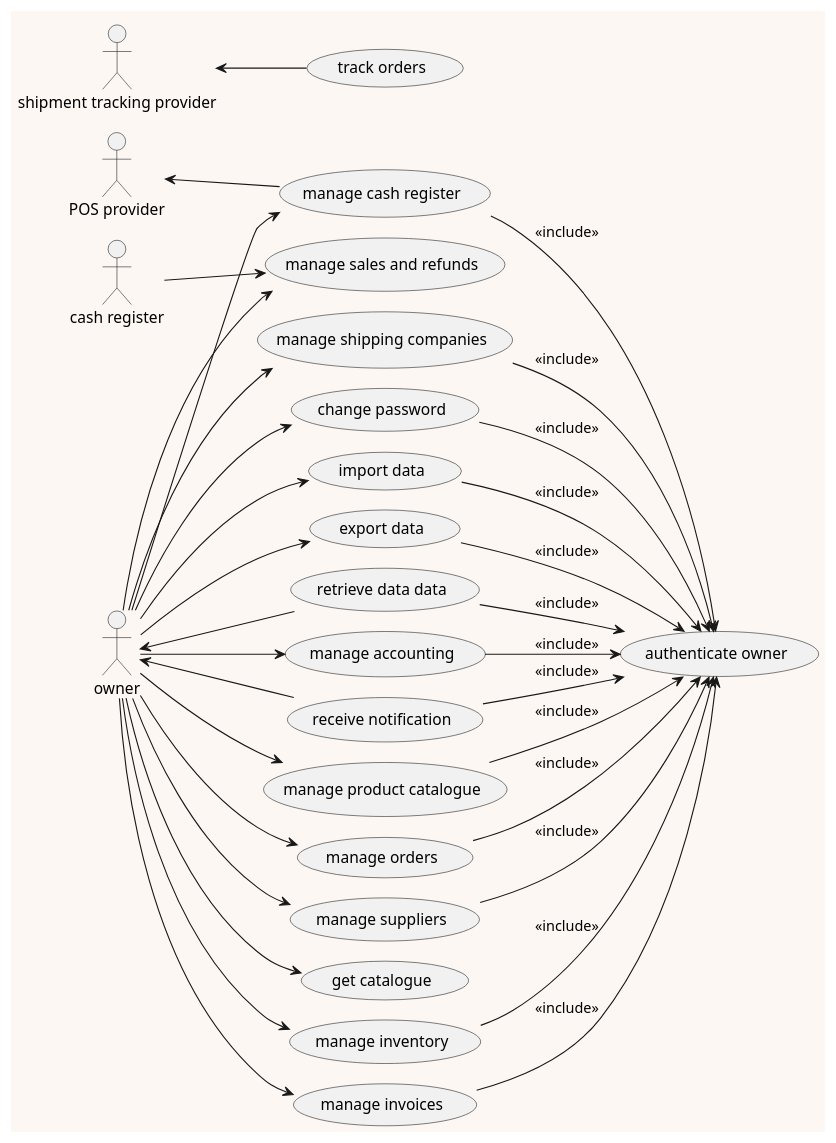
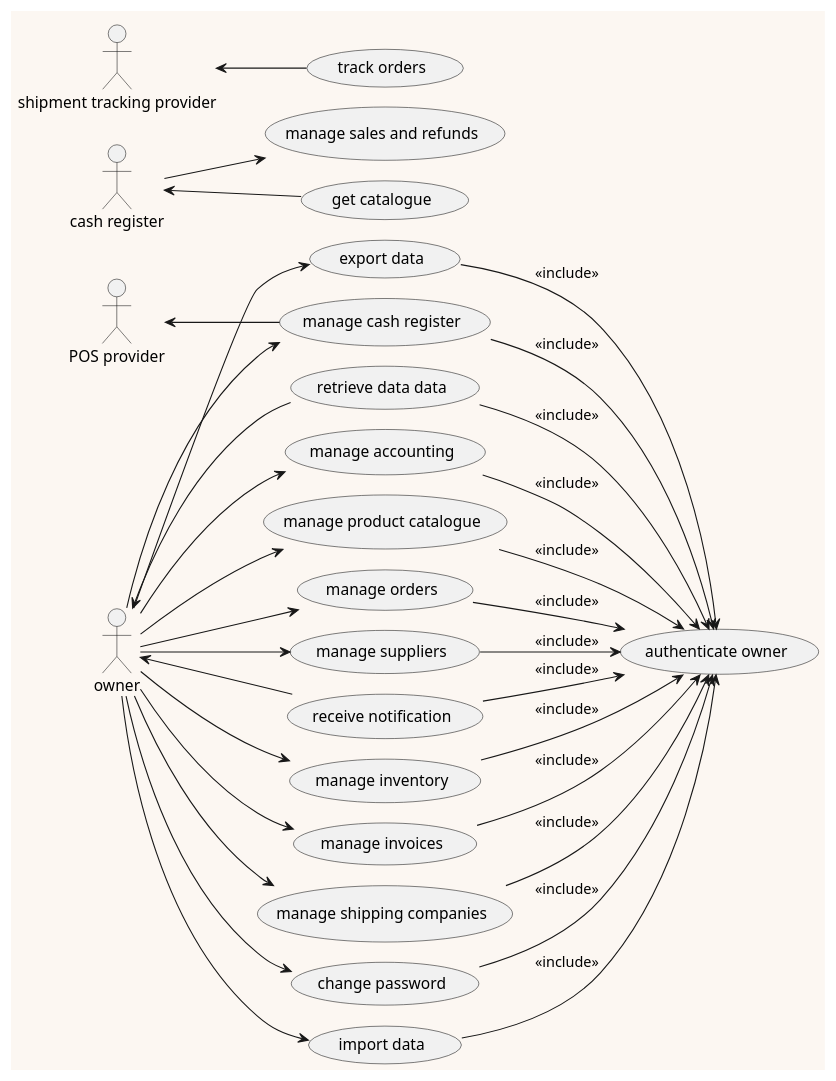
Before and after one commit to Giuseppeclv008/Project: the third of 4 diagrams in res/plantuml/diagrams.md, drawn with PlantUML. The commit also changed 1 other file, not shown here.

Commit message:
fix: small inconsistencies with UC

````diff
--- a/res/plantuml/diagrams.md
+++ b/res/plantuml/diagrams.md
@@ -187,76 +187,75 @@
 ```plantuml
 @startuml usecaseDiagram
 left to right direction 
 !pragma layout smetana
 skinparam backgroundColor #fcf7f2
 
 usecase "manage accounting" as mnga
 usecase "manage product catalogue" as mngc
 usecase "manage orders" as mngo
 usecase "manage suppliers" as mngs
 usecase "manage cash register" as mngcs
 usecase "manage inventory" as mngiv
 usecase "manage invoices" as mngio
 usecase "manage shipping companies" as mngsc
 usecase "manage sales and refunds" as mngsr
 
 usecase "get catalogue" as getc
 usecase "track orders" as tracko
 
 usecase "authenticate owner" as auth
 usecase "change password" as password
 
 usecase "import data" as import
 usecase "export data" as export
 usecase "retrieve data data" as retrieve
 
 usecase "receive notification" as notification
 
 
 actor owner
 actor "POS provider" as pos
 actor "cash register" as cs
 actor "shipment tracking provider" as stp
 
 
 owner --> mnga
 owner --> mngc
 owner --> mngo
 owner --> mngs
 owner --> mngcs
 owner --> mngiv
 owner --> mngio
 owner --> mngsc
-owner --> mngsr
 
 owner --> password
 owner --> import
 owner --> export
-owner --> getc
 owner <-- notification
 owner <-- retrieve
 
 mnga --> auth : <<include>>
 mngc --> auth : <<include>>
 mngo --> auth : <<include>>
 mngs --> auth : <<include>>
 mngcs --> auth : <<include>>
 mngiv --> auth : <<include>>
 mngio --> auth : <<include>>
 mngsc --> auth : <<include>>
 export --> auth : <<include>>
 import --> auth : <<include>>
 password --> auth : <<include>>
 notification --> auth : <<include>>
 retrieve --> auth : <<include>>
 
 
 cs --> mngsr
+cs <-- getc
 
 stp <-- tracko
 
 pos <-- mngcs
 
 @enduml
 
 ```
````
